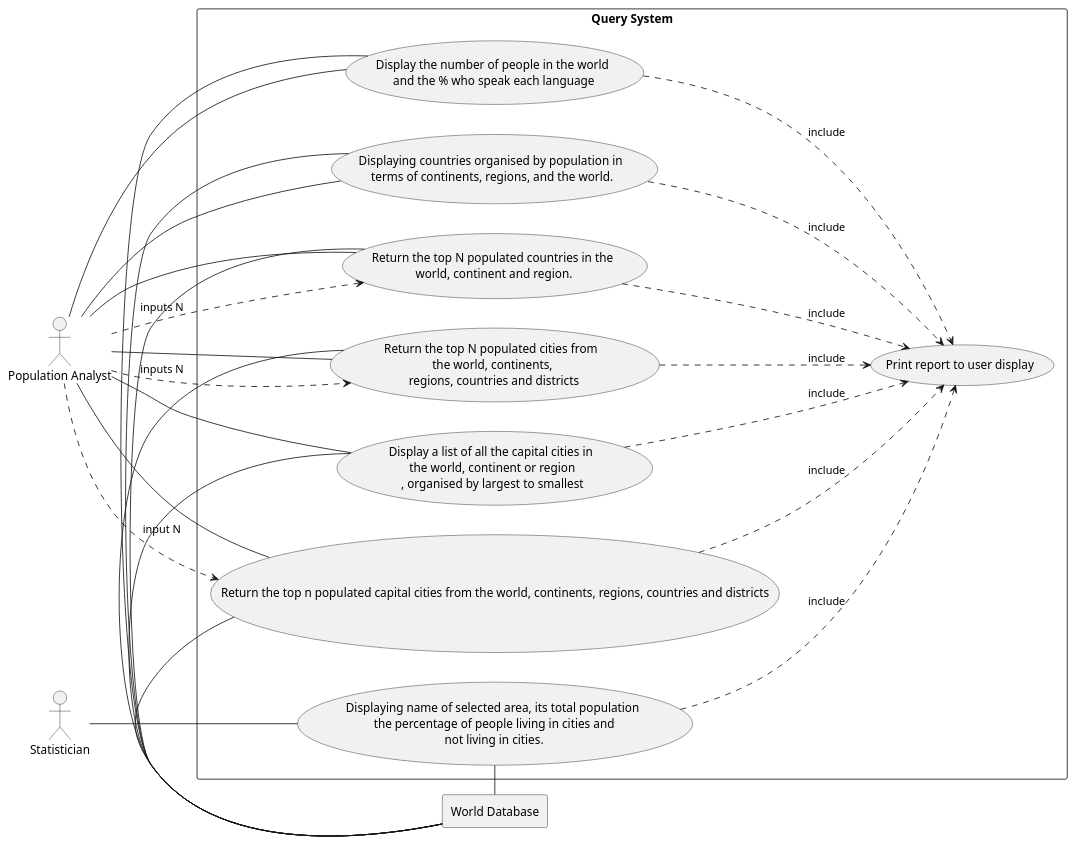
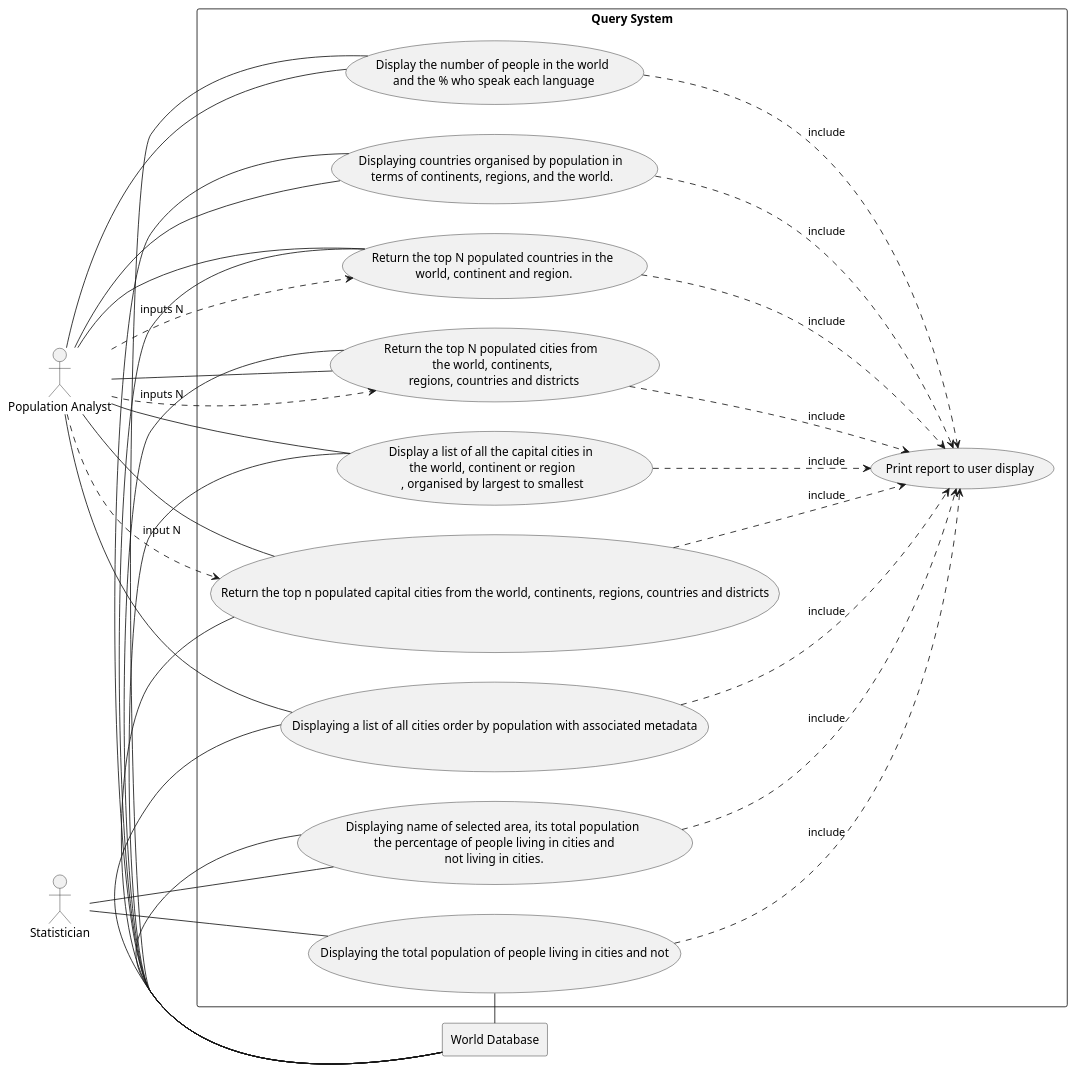
The diagram in docs/use-case/use-case-1.puml (glugg23/SET08103-G20), drawn with PlantUML before and after one commit.

Commit message:
Finished use case diagram for the now.

```diff
--- a/docs/use-case/use-case-1.puml
+++ b/docs/use-case/use-case-1.puml
@@ -1,48 +1,55 @@
 @startuml
 left to right direction
 
 rectangle "World Database" as S2
 
 :Population Analyst: as A1
 :Statistician: as A2
 
 rectangle "Query System" as S1 {
     (Print report to user display) as U1
     (Display the number of people in the world\n and the % who speak each language) as U2
     A1 -- U2
     (Displaying name of selected area, its total population\n the percentage of people living in cities and\n not living in cities.) as U3
     A2 -- U3
     (Displaying countries organised by population in \nterms of continents, regions, and the world.) as U4
     A1 -- U4
     (Return the top N populated countries in the\n world, continent and region.) as U5
     A1 -- U5
     (Return the top N populated cities from \nthe world, continents,\n regions, countries and districts) as U6
     A1 -- U6
     (Display a list of all the capital cities in \nthe world, continent or region\n, organised by largest to smallest) as U7
     A1 -- U7
     (Return the top n populated capital cities from the world, continents, regions, countries and districts) as U8
     A1 -- U8
-    
+    (Displaying a list of all cities order by population with associated metadata) as U9
+    A1 -- U9
+    (Displaying the total population of people living in cities and not) as U10
+    A2 -- U10
 
 
     A1 ..> U5 : " inputs N"
     A1 ..> U6 : " inputs N"
     A1 ..> U8 : " input N"
     U2 ..> U1 : " include"
     U3 ..> U1 : " include"
     U4 ..> U1 : " include"
     U5 ..> U1 : " include"
     U6 ..> U1 : " include"
     U7 ..> U1 : " include"
     U8 ..> U1 : " include"
+    U9 ..> U1 : " include"
+    U10 ..> U1 : " include"
 
     U2 -left- S2
     U3 -left- S2
     U4 -left- S2
     U5 -left- S2
     U6 -left- S2
     U7 -left- S2
     U8 -left- S2
+    U9 -left- S2
+    U10 -left- S2
 }
 
 @enduml
```
